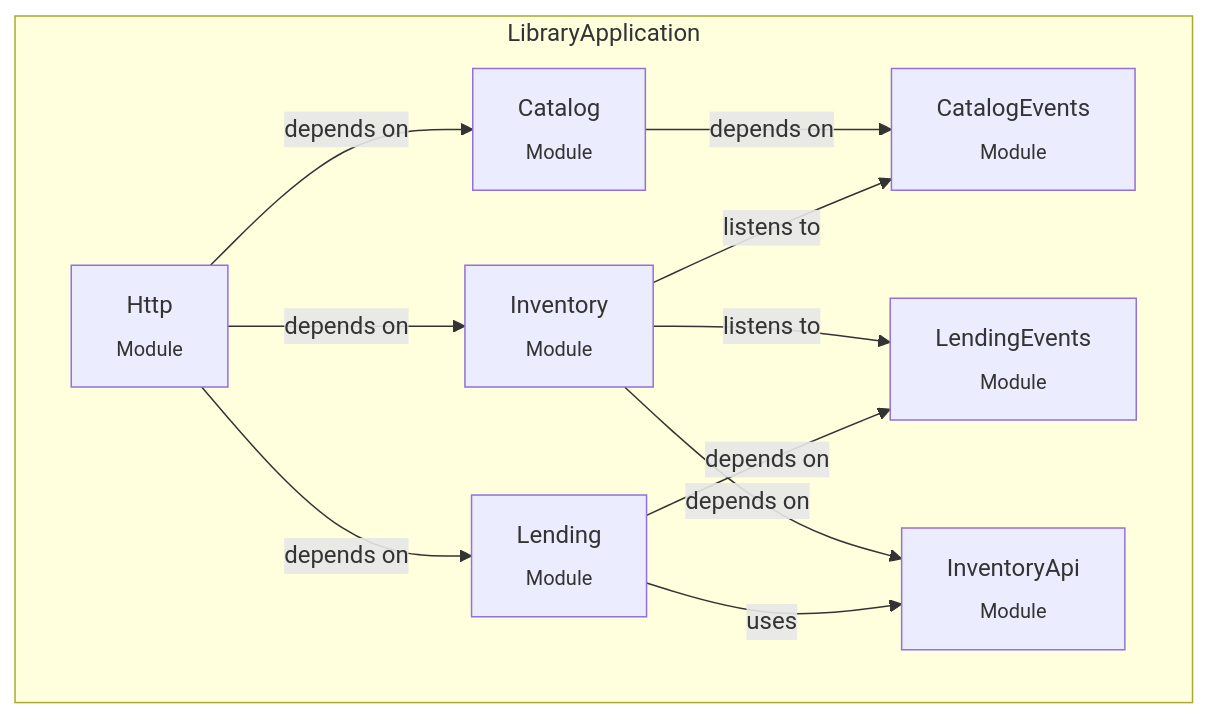
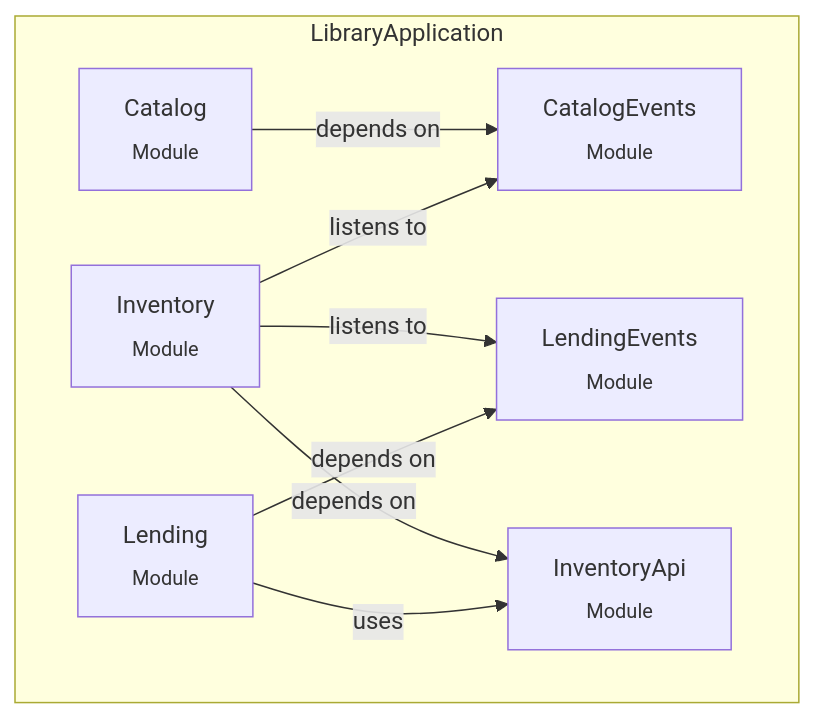
One commit to JamesMcMahon/spring-boot-demo-modulith changed the second of 2 diagrams in README.md. Above: the diagram before and after it, drawn with Mermaid. The commit also changed 9 other files, not shown here.

Commit message:
Split controller advice and remove http module

````diff
--- a/README.md
+++ b/README.md
@@ -77,26 +77,21 @@
 ```mermaid
 graph TD
   subgraph LibraryApplication
     catalogEvents[CatalogEvents<br><sub>Module</sub>]
     lendingEvents[LendingEvents<br><sub>Module</sub>]
     inventoryApi[InventoryApi<br><sub>Module</sub>]
     catalog[Catalog<br><sub>Module</sub>]
     inventory[Inventory<br><sub>Module</sub>]
     lending[Lending<br><sub>Module</sub>]
-    http[Http<br><sub>Module</sub>]
   end
 
-%% HTTP depends on all 3 core modules
-  http -->|depends on| catalog
-  http -->|depends on| inventory
-  http -->|depends on| lending
 %% Catalog emits events
   catalog -->|depends on| catalogEvents
 %% Inventory listens to events and depends on APIs
   inventory -->|listens to| catalogEvents
   inventory -->|listens to| lendingEvents
   inventory -->|depends on| inventoryApi
-%% Lending depends on events and uses Inventory API
+%% Lending depends on events and uses Inventory API 
   lending -->|depends on| lendingEvents
   lending -->|uses| inventoryApi
 ```
````
